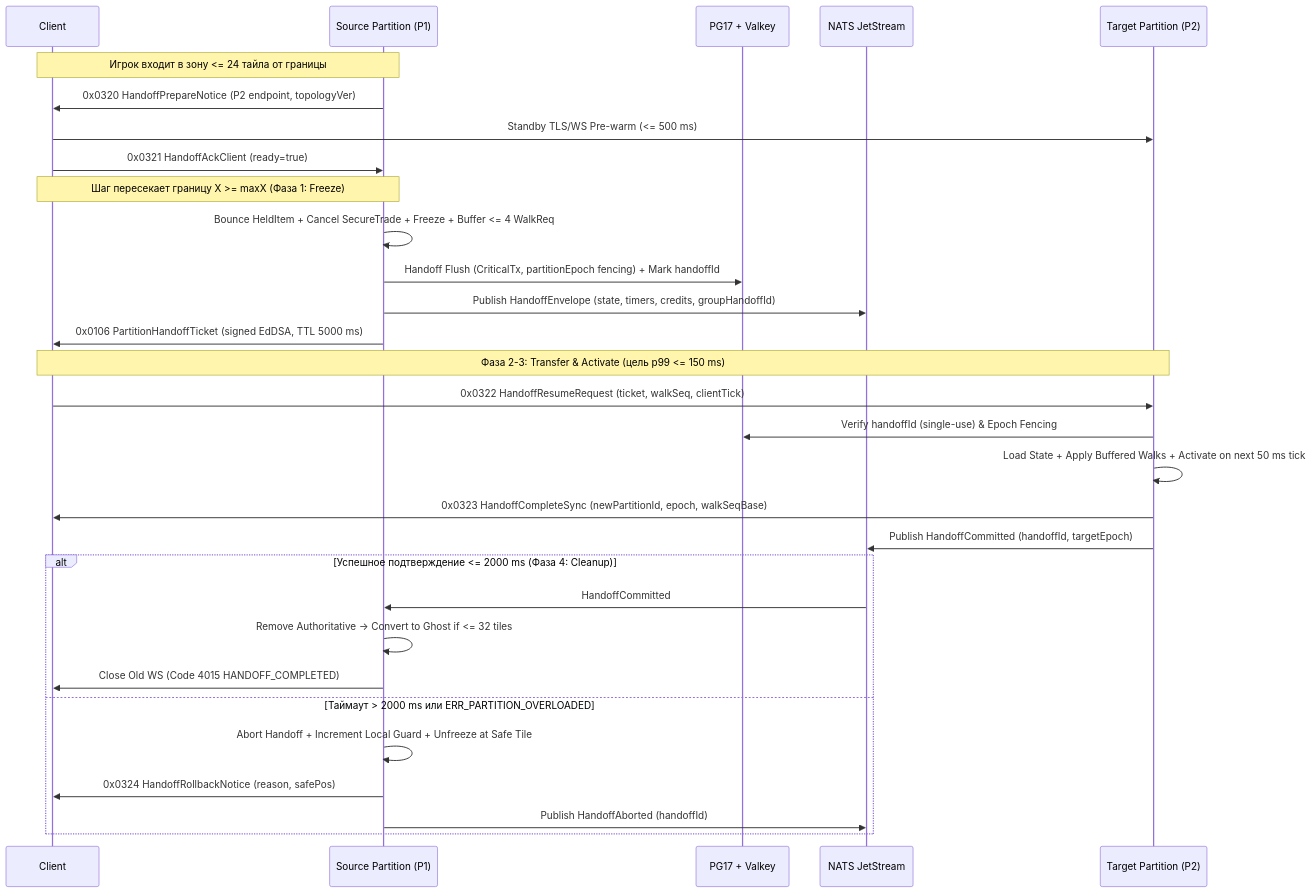
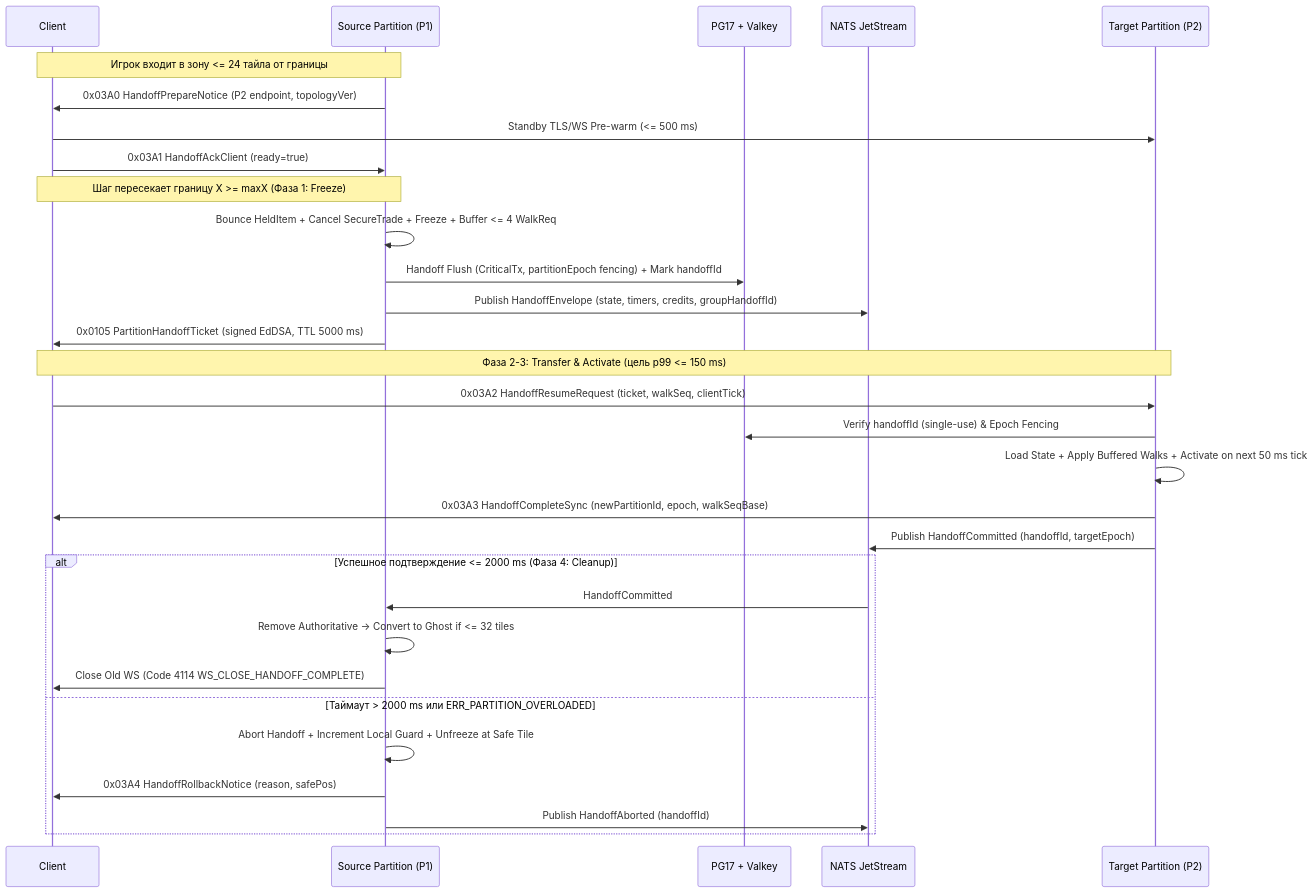
One commit to SergioAndreev/uo3 changed the second of 3 diagrams in openspec/changes/p32-world-scaling/design.md. Above: the diagram before and after it, drawn with Mermaid. The commit also changed other lines of this file and 188 other files, not shown here.

````diff
--- a/openspec/changes/p32-world-scaling/design.md
+++ b/openspec/changes/p32-world-scaling/design.md
@@ -124,36 +124,36 @@
 ```mermaid
 sequenceDiagram
     participant C as Client
     participant P1 as Source Partition (P1)
     participant PG as PG17 + Valkey
     participant BUS as NATS JetStream
     participant P2 as Target Partition (P2)
 
     Note over C,P1: Игрок входит в зону <= 24 тайла от границы
-    P1->>C: 0x0320 HandoffPrepareNotice (P2 endpoint, topologyVer)
+    P1->>C: 0x03A0 HandoffPrepareNotice (P2 endpoint, topologyVer)
     C->>P2: Standby TLS/WS Pre-warm (<= 500 ms)
-    C->>P1: 0x0321 HandoffAckClient (ready=true)
+    C->>P1: 0x03A1 HandoffAckClient (ready=true)
 
     Note over C,P1: Шаг пересекает границу X >= maxX (Фаза 1: Freeze)
     P1->>P1: Bounce HeldItem + Cancel SecureTrade + Freeze + Buffer <= 4 WalkReq
     P1->>PG: Handoff Flush (CriticalTx, partitionEpoch fencing) + Mark handoffId
     P1->>BUS: Publish HandoffEnvelope (state, timers, credits, groupHandoffId)
-    P1->>C: 0x0106 PartitionHandoffTicket (signed EdDSA, TTL 5000 ms)
+    P1->>C: 0x0105 PartitionHandoffTicket (signed EdDSA, TTL 5000 ms)
 
     Note over C,P2: Фаза 2-3: Transfer & Activate (цель p99 <= 150 ms)
-    C->>P2: 0x0322 HandoffResumeRequest (ticket, walkSeq, clientTick)
+    C->>P2: 0x03A2 HandoffResumeRequest (ticket, walkSeq, clientTick)
     P2->>PG: Verify handoffId (single-use) & Epoch Fencing
     P2->>P2: Load State + Apply Buffered Walks + Activate on next 50 ms tick
-    P2->>C: 0x0323 HandoffCompleteSync (newPartitionId, epoch, walkSeqBase)
+    P2->>C: 0x03A3 HandoffCompleteSync (newPartitionId, epoch, walkSeqBase)
     P2->>BUS: Publish HandoffCommitted (handoffId, targetEpoch)
 
     alt Успешное подтверждение <= 2000 ms (Фаза 4: Cleanup)
         BUS->>P1: HandoffCommitted
         P1->>P1: Remove Authoritative -> Convert to Ghost if <= 32 tiles
-        P1->>C: Close Old WS (Code 4015 HANDOFF_COMPLETED)
+        P1->>C: Close Old WS (Code 4114 WS_CLOSE_HANDOFF_COMPLETE)
     else Таймаут > 2000 ms или ERR_PARTITION_OVERLOADED
         P1->>P1: Abort Handoff + Increment Local Guard + Unfreeze at Safe Tile
-        P1->>C: 0x0324 HandoffRollbackNotice (reason, safePos)
+        P1->>C: 0x03A4 HandoffRollbackNotice (reason, safePos)
         P1->>BUS: Publish HandoffAborted (handoffId)
     end
 ```
````
